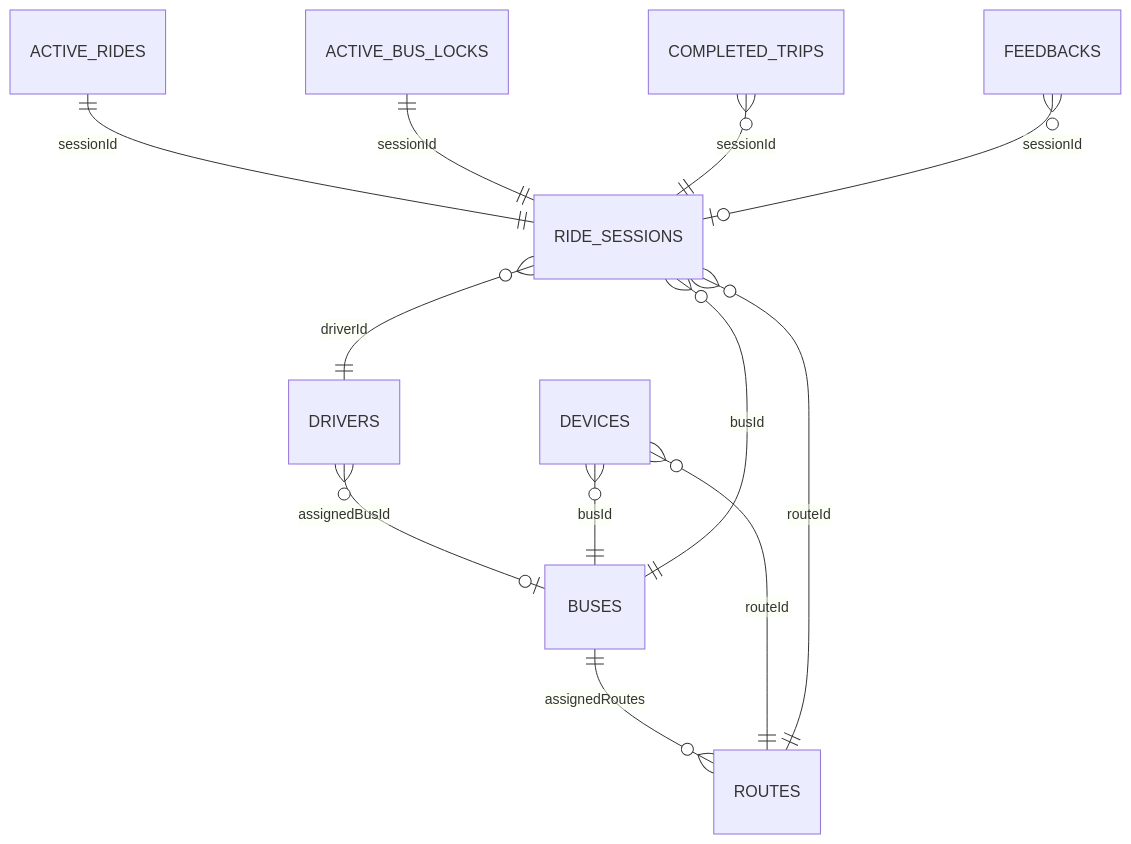
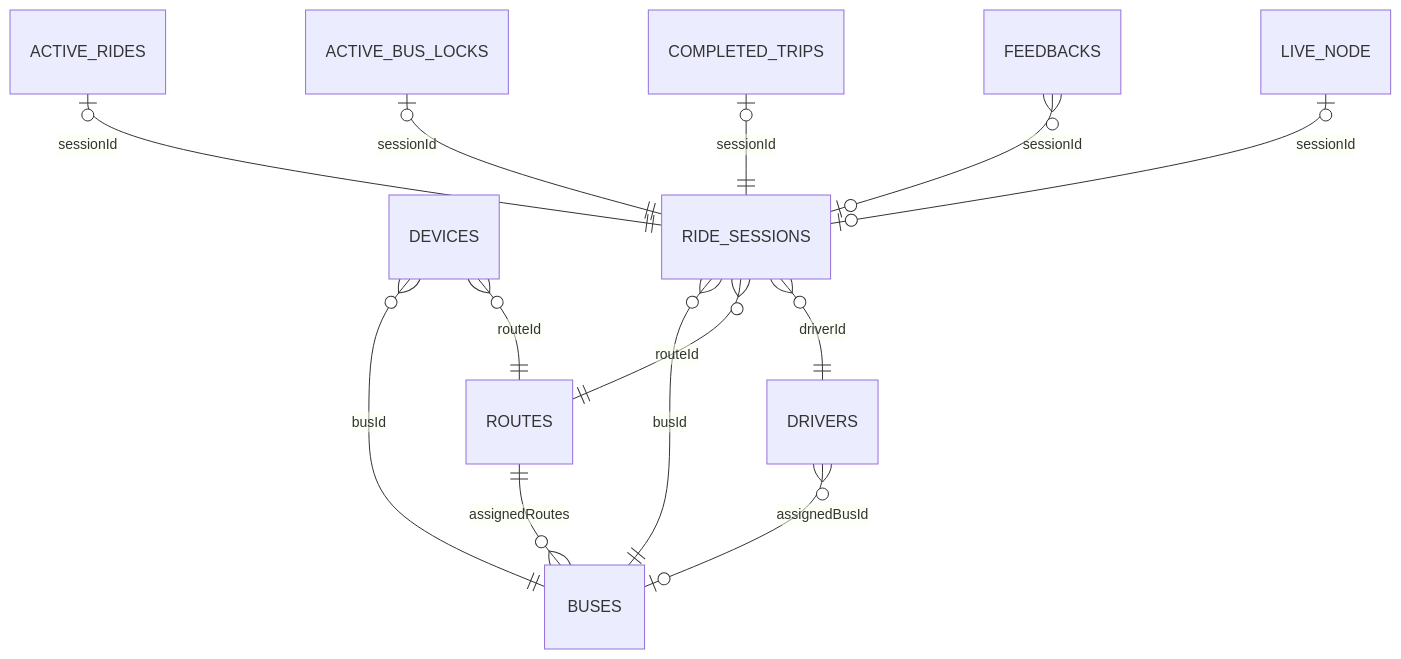
The diagram in docs/data/FIREBASE_DATA_MODEL.md (notnamansinha/Eki), drawn with Mermaid before and after one commit. The commit also changed other lines of this file and 201 other files, not shown here.

````diff
--- a/docs/data/FIREBASE_DATA_MODEL.md
+++ b/docs/data/FIREBASE_DATA_MODEL.md
@@ -13,14 +32,15 @@
 ```mermaid
 erDiagram
-  BUSES ||--o{ ROUTES : assignedRoutes
-  DRIVERS }o--o| BUSES : assignedBusId
-  DEVICES }o--|| BUSES : busId
-  DEVICES }o--|| ROUTES : routeId
-  RIDE_SESSIONS }o--|| BUSES : busId
-  RIDE_SESSIONS }o--|| ROUTES : routeId
-  RIDE_SESSIONS }o--|| DRIVERS : driverId
-  ACTIVE_RIDES ||--|| RIDE_SESSIONS : sessionId
-  ACTIVE_BUS_LOCKS ||--|| RIDE_SESSIONS : sessionId
-  COMPLETED_TRIPS }o--|| RIDE_SESSIONS : sessionId
-  FEEDBACKS }o--o| RIDE_SESSIONS : sessionId
+  ROUTES ||--o{ BUSES : "assignedRoutes"
+  DRIVERS }o--o| BUSES : "assignedBusId"
+  DEVICES }o--|| BUSES : "busId"
+  DEVICES }o--|| ROUTES : "routeId"
+  RIDE_SESSIONS }o--|| BUSES : "busId"
+  RIDE_SESSIONS }o--|| ROUTES : "routeId"
+  RIDE_SESSIONS }o--|| DRIVERS : "driverId"
+  ACTIVE_RIDES |o--|| RIDE_SESSIONS : "sessionId"
+  ACTIVE_BUS_LOCKS |o--|| RIDE_SESSIONS : "sessionId"
+  COMPLETED_TRIPS |o--|| RIDE_SESSIONS : "sessionId"
+  FEEDBACKS }o--o| RIDE_SESSIONS : "sessionId"
+  LIVE_NODE |o--o| RIDE_SESSIONS : "sessionId"
 ```
````
